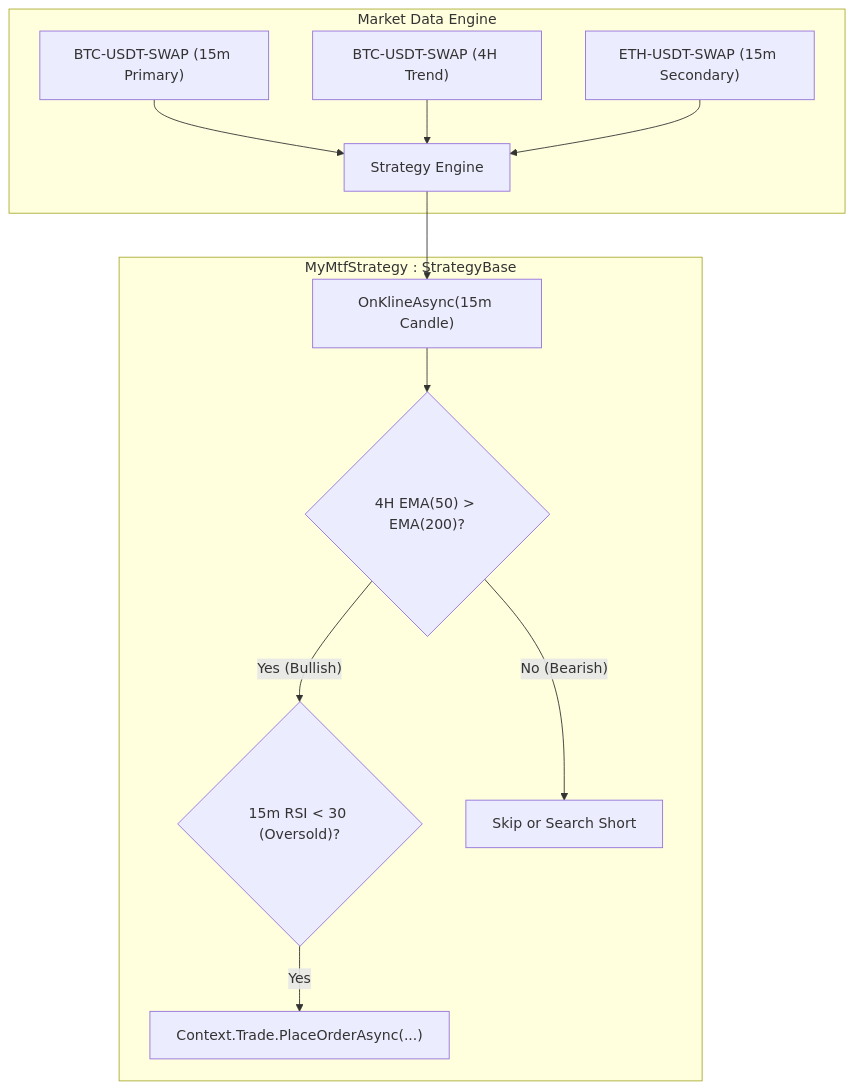
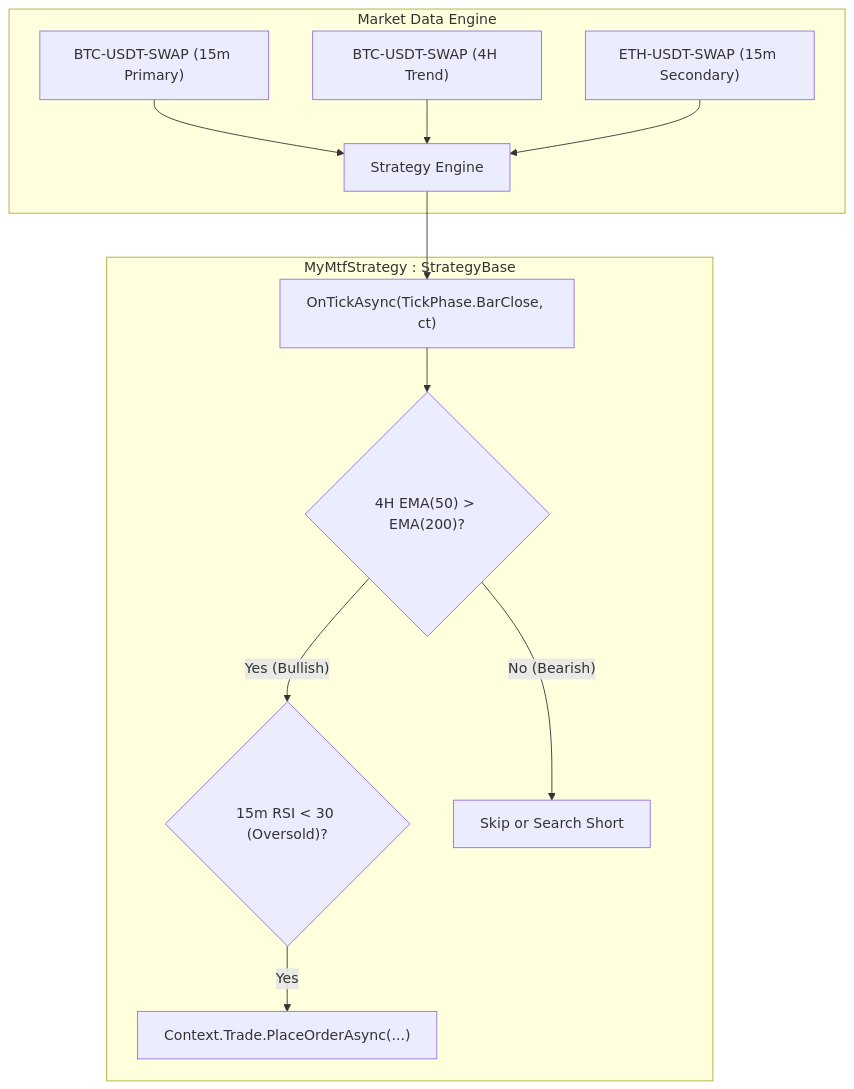
Before and after one commit to vntradesoft/PlatinumTrade.Docs: the diagram in docs/sdk/guides/multi-timeframe.md, drawn with Mermaid. The commit also changed other lines of this file and 4 other files, not shown here.

````diff
--- a/docs/sdk/guides/multi-timeframe.md
+++ b/docs/sdk/guides/multi-timeframe.md
@@ -19,16 +19,16 @@
 ```mermaid
 flowchart TD
     subgraph MarketDataFeed["Market Data Engine"]
         M1["BTC-USDT-SWAP (15m Primary)"] --> Handler["Strategy Engine"]
         M2["BTC-USDT-SWAP (4H Trend)"] --> Handler
         M3["ETH-USDT-SWAP (15m Secondary)"] --> Handler
     end
 
     subgraph StrategyExecution["MyMtfStrategy : StrategyBase"]
-        Handler --> OnKline["OnKlineAsync(15m Candle)"]
-        OnKline --> HTFCheck{"4H EMA(50) > EMA(200)?"}
+        Handler --> OnTick["OnTickAsync(TickPhase.BarClose, ct)"]
+        OnTick --> HTFCheck{"4H EMA(50) > EMA(200)?"}
         HTFCheck -- Yes (Bullish) --> LTFEntry{"15m RSI < 30 (Oversold)?"}
         LTFEntry -- Yes --> PlaceBuy["Context.Trade.PlaceOrderAsync(...)"]
         HTFCheck -- No (Bearish) --> Skip["Skip or Search Short"]
     end
 ```
````
